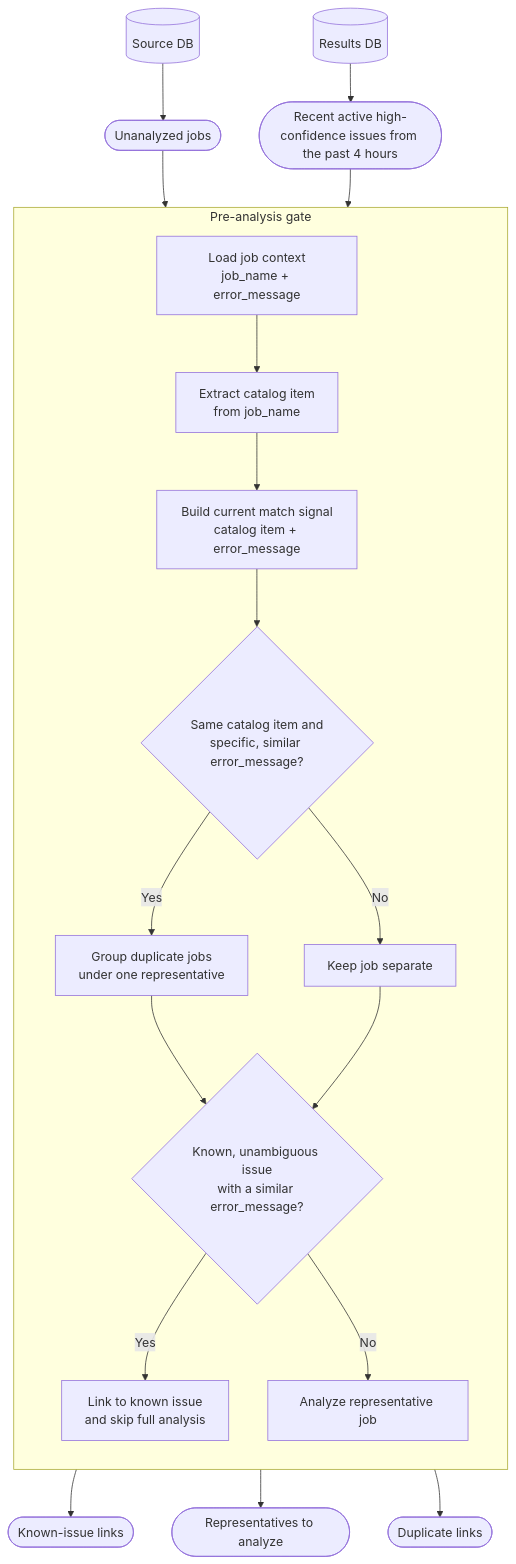
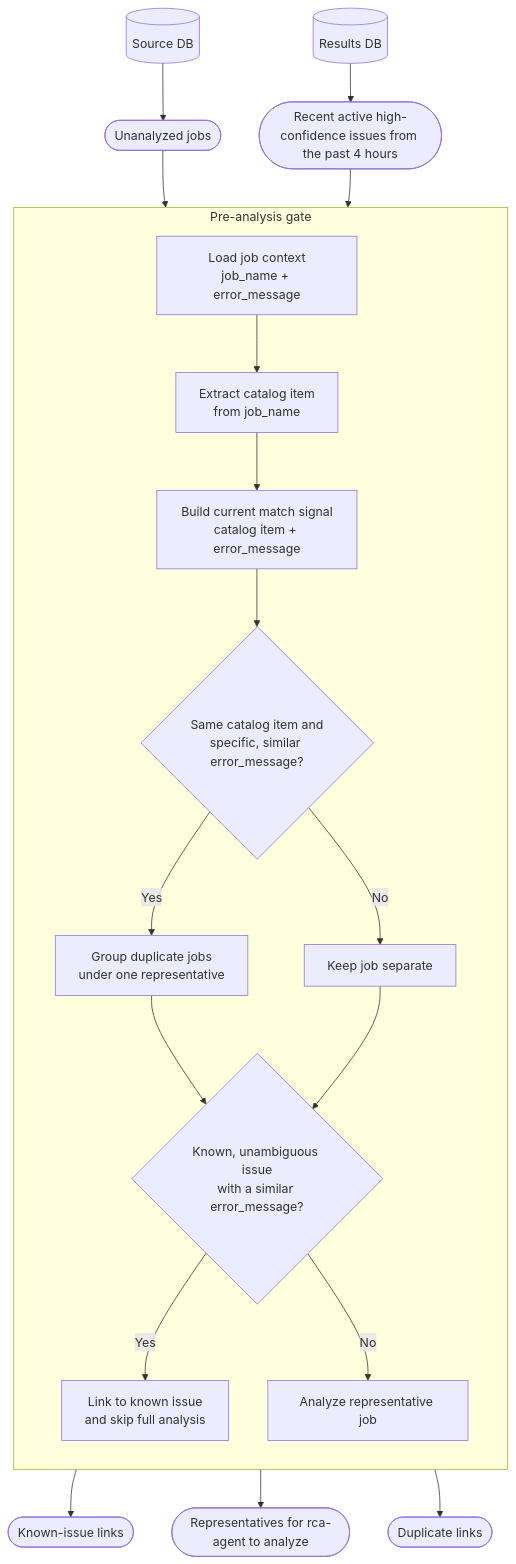
One commit to jerry-ng2/aap2-rca-agent changed the diagram in docs/design/pre-analysis-current-flow.mmd. Above: the diagram before and after it, drawn with Mermaid.

```diff
--- a/docs/design/pre-analysis-current-flow.mmd
+++ b/docs/design/pre-analysis-current-flow.mmd
@@ -1,39 +1,39 @@
 flowchart TD
     SourceDB[(Source DB)] --> Jobs([Unanalyzed jobs])
     ResultsDB[(Results DB)] --> Recent([Recent active high-confidence issues from the past 4 hours])
 
     subgraph Gate["Pre-analysis gate"]
         direction TB
         JobContext["Load job context
 job_name + error_message"]
         Catalog["Extract catalog item
 from job_name"]
         Signal["Build current match signal
 catalog item + error_message"]
         Duplicate{"Same catalog item and
 specific, similar error_message?"}
         Group["Group duplicate jobs
 under one representative"]
         Keep["Keep job separate"]
         Known{"Known, unambiguous issue
 with a similar error_message?"}
         Skip["Link to known issue
 and skip full analysis"]
         Analyze["Analyze representative job"]
     end
 
     Jobs --> JobContext
     JobContext --> Catalog
     Catalog --> Signal
     Signal --> Duplicate
     Duplicate -- Yes --> Group
     Duplicate -- No --> Keep
     Group --> Known
     Keep --> Known
     Recent --> Known
     Known -- Yes --> Skip
     Known -- No --> Analyze
 
     Skip --> KnownLinks([Known-issue links])
-    Analyze --> ToAnalysis([Representatives to analyze])
+    Analyze --> ToAnalysis([Representatives for rca-agent to analyze])
     Group --> DuplicateLinks([Duplicate links])
```
